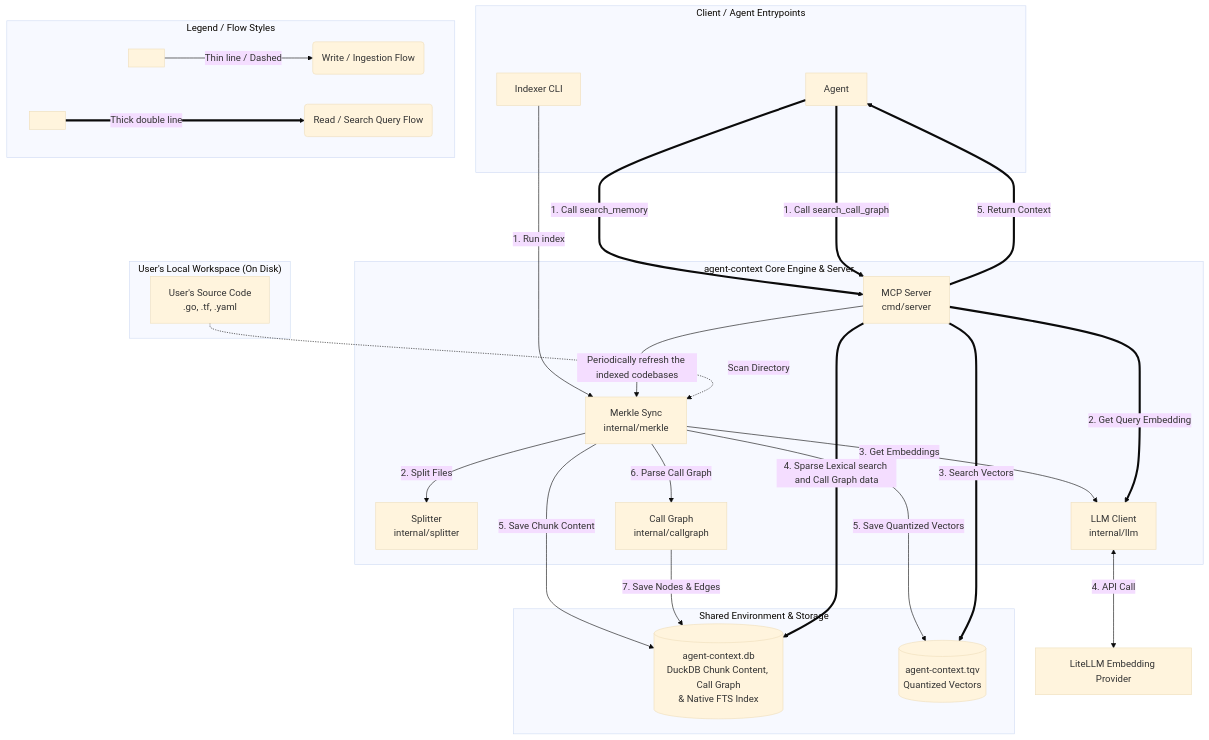
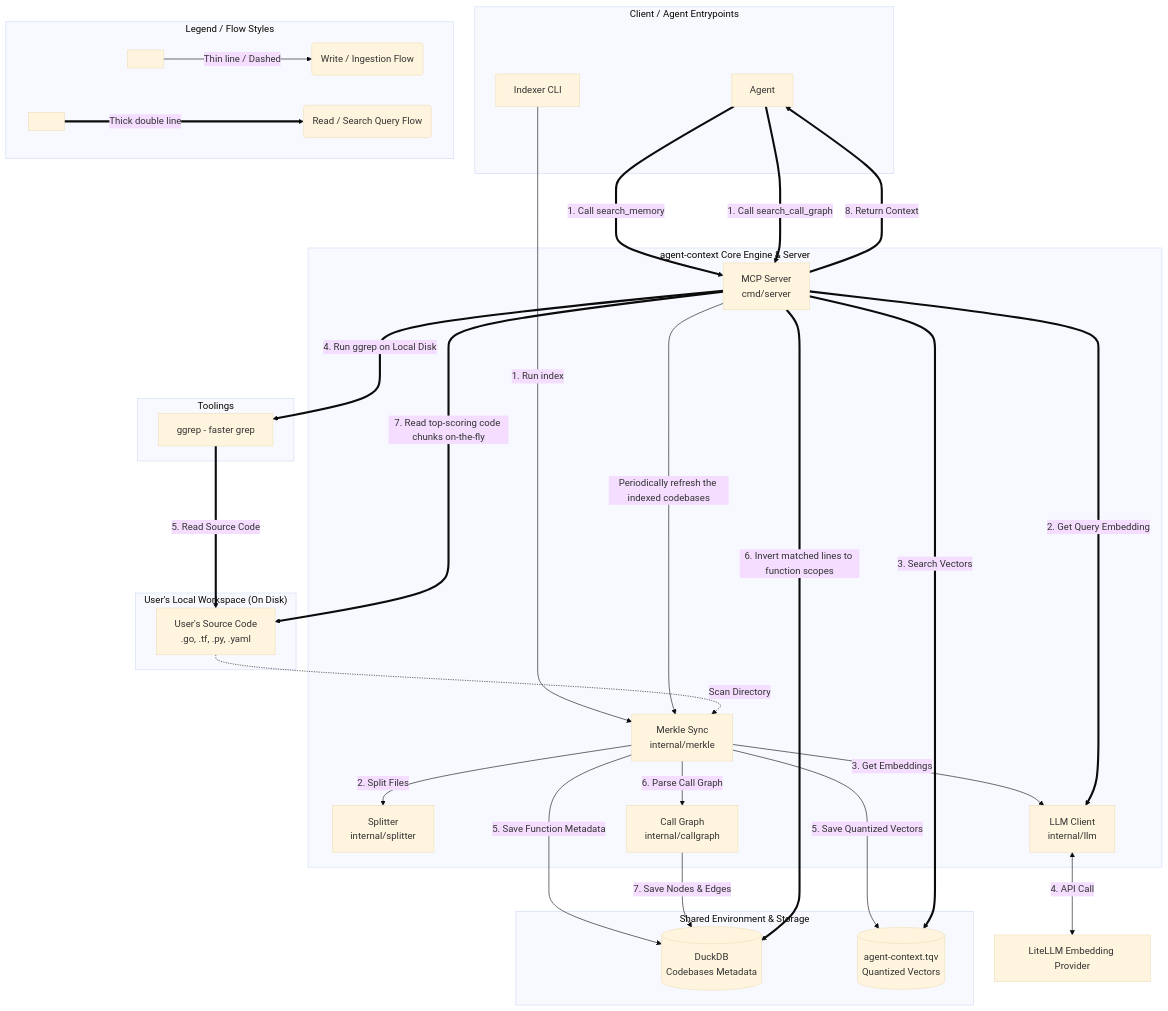
One commit to datnguyenzzz/semantic-grep changed the diagram in README.md. Above: the diagram before and after it, drawn with Mermaid (base theme). The commit also changed other lines of this file and 21 other files, not shown here.

````diff
--- a/README.md
+++ b/README.md
@@ -86,64 +86,71 @@
 ```mermaid
 flowchart TD
     %% Entrypoints & Client
     subgraph Client ["Client / Agent Entrypoints"]
         cli[Agent]
         idx_cli[Indexer CLI]
     end
 
     %% Core Components
     subgraph Core ["agent-context Core Engine & Server"]
         merkle[Merkle Sync<br/>internal/merkle]
         splitter[Splitter<br/>internal/splitter]
         llm[LLM Client<br/>internal/llm]
         callgraph[Call Graph<br/>internal/callgraph]
         mcp_srv[MCP Server<br/>cmd/server]
     end
 
+    subgraph Toolings 
+        ggrep[ggrep - faster grep]
+    end
+
     %% Shared Environment & Databases
     subgraph Storage ["Shared Environment & Storage"]
-        duckdb_file[(agent-context.db<br/>DuckDB Chunk Content, Call Graph<br/>& Native FTS Index)]
+        duckdb_file[(DuckDB<br/> Codebases Metadata)]
         tqv_file[(agent-context.tqv<br/>Quantized Vectors)]
     end
 
     %% User's Environment
     subgraph Workspace ["User's Local Workspace (On Disk)"]
-        code_files[User's Source Code<br/>.go, .tf, .yaml]
+        code_files[User's Source Code<br/>.go, .tf, .py, .yaml]
     end
 
     %% External Provider
     litellm[LiteLLM Embedding Provider]
 
     %% ──────────────────────────────────────────────────────────
     %% WRITE PATH: Indexing & Ingestion (Thin lines / Dashes)
     %% ──────────────────────────────────────────────────────────
     idx_cli -->|1. Run index| merkle
     mcp_srv -->|Periodically refresh the indexed codebases| merkle
     code_files -.->|Scan Directory| merkle
     merkle -->|2. Split Files| splitter
     merkle -->|3. Get Embeddings| llm
     llm <-->|4. API Call| litellm
-    merkle -->|5. Save Chunk Content| duckdb_file
+    merkle -->|5. Save Function Metadata| duckdb_file
     merkle -->|5. Save Quantized Vectors| tqv_file
     merkle -->|6. Parse Call Graph| callgraph
     callgraph -->|7. Save Nodes & Edges| duckdb_file
 
     %% ──────────────────────────────────────────────────────────
     %% READ PATH: MCP Search & Retrieval (Thick Double Lines)
     %% ──────────────────────────────────────────────────────────
     cli ===>|1. Call search_memory| mcp_srv
     cli ===>|1. Call search_call_graph| mcp_srv
     mcp_srv ===>|2. Get Query Embedding| llm
     mcp_srv ===>|3. Search Vectors| tqv_file
-    mcp_srv ===>|4. Sparse Lexical search and Call Graph data| duckdb_file
-    mcp_srv ===>|5. Return Context| cli
+    mcp_srv ===>|4. Run ggrep on Local Disk| ggrep
+    ggrep ===>|5. Read Source Code| code_files
+    mcp_srv ===>|6. Invert matched lines to function scopes| duckdb_file
+    mcp_srv ===>|7. Read top-scoring code chunks on-the-fly| code_files
+    mcp_srv ===>|8. Return Context| cli
 
     %% ──────────────────────────────────────────────────────────
     %% FLOW LEGEND (Self-Explanatory Arrow Styles)
     %% ──────────────────────────────────────────────────────────
     subgraph Legend ["Legend / Flow Styles"]
         direction LR
         style_w[ ] -->|Thin line / Dashed| desc_w(Write / Ingestion Flow)
         style_r[ ] ===>|Thick double line| desc_r(Read / Search Query Flow)
     end
 ```
````
